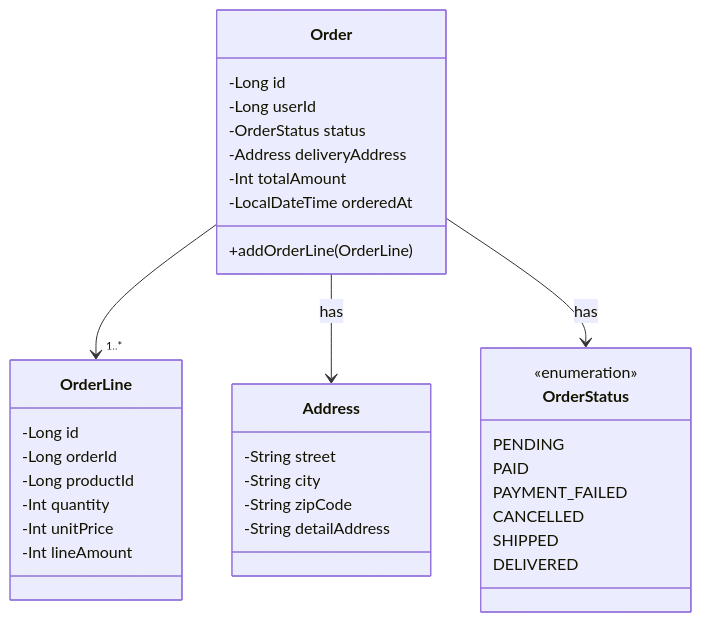
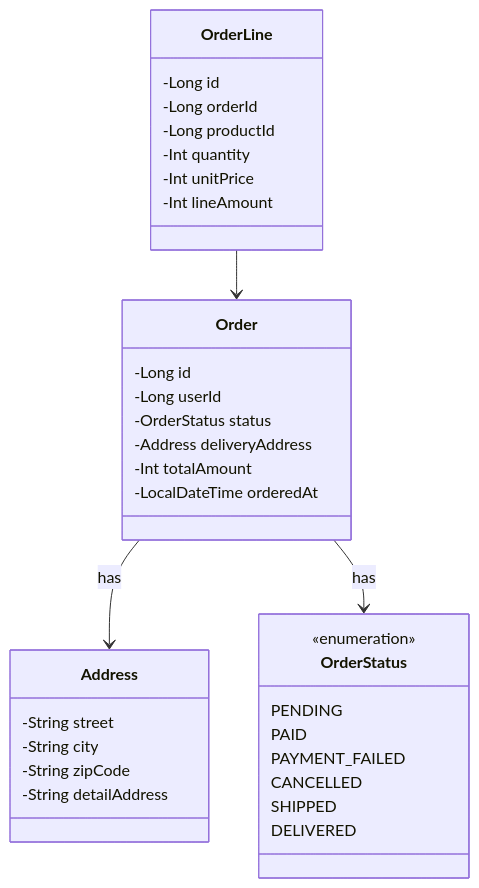
One commit to DuhanMo/emotional-commerce changed the third of 5 diagrams in docs/design/03-class-diagrams.md. Above: the diagram before and after it, drawn with Mermaid. The commit also changed other lines of this file, not shown here.

Commit message:
fix: 클래스 다이어그램 수정

````diff
--- a/docs/design/03-class-diagrams.md
+++ b/docs/design/03-class-diagrams.md
@@ -93,46 +109,45 @@
 ```mermaid
 classDiagram
     %% 주문
     class Order {
         -Long id
         -Long userId
         -OrderStatus status
         -Address deliveryAddress
         -Int totalAmount
         -LocalDateTime orderedAt
-        +addOrderLine(OrderLine)
     }
     
     %% 주문 상품
     class OrderLine {
         -Long id
         -Long orderId
         -Long productId
         -Int quantity
         -Int unitPrice
         -Int lineAmount
     }
     
     %% 값 객체들
     class Address {
         -String street
         -String city
         -String zipCode
         -String detailAddress
     }
     
     class OrderStatus {
         <<enumeration>>
         PENDING
         PAID
         PAYMENT_FAILED
         CANCELLED
         SHIPPED
         DELIVERED
     }
     
     %% 관계
-    Order --> "1..*" OrderLine
+    OrderLine --> Order
     Order --> Address : has
     Order --> OrderStatus : has
 ```
````
